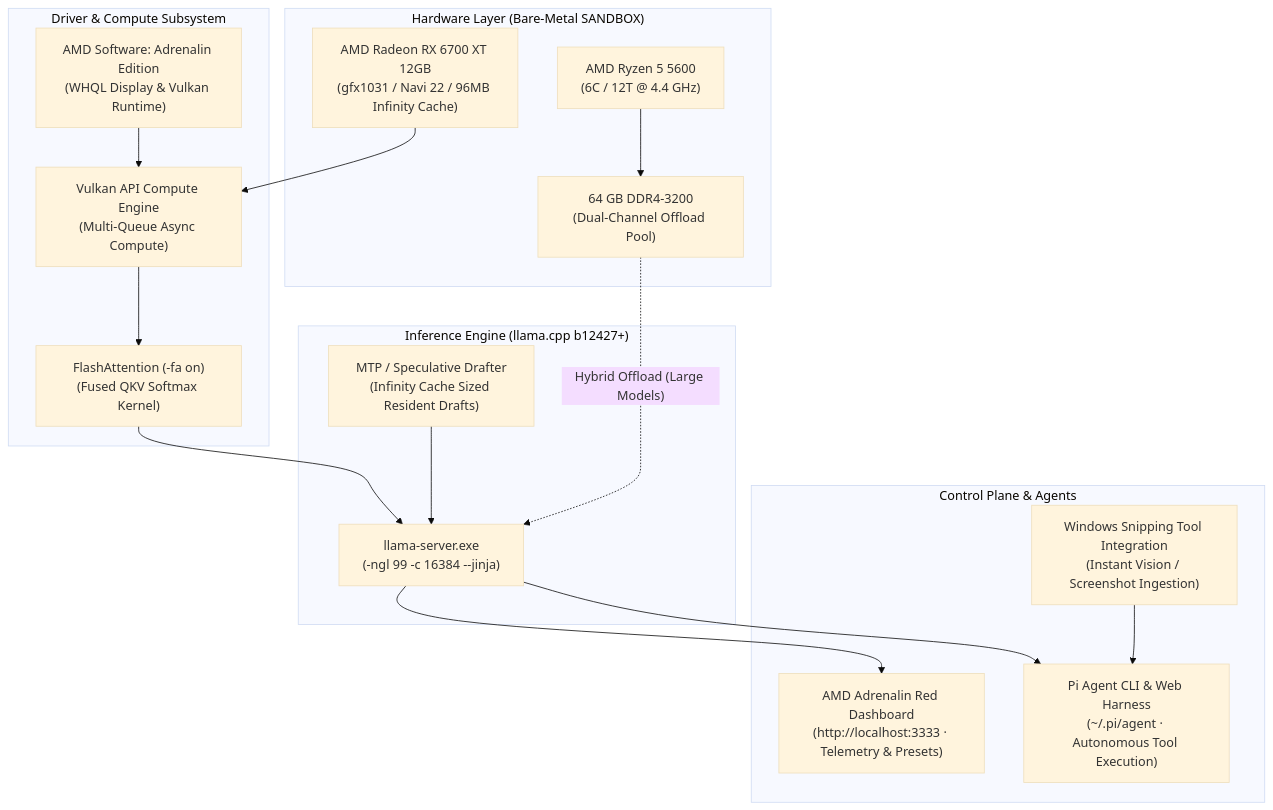
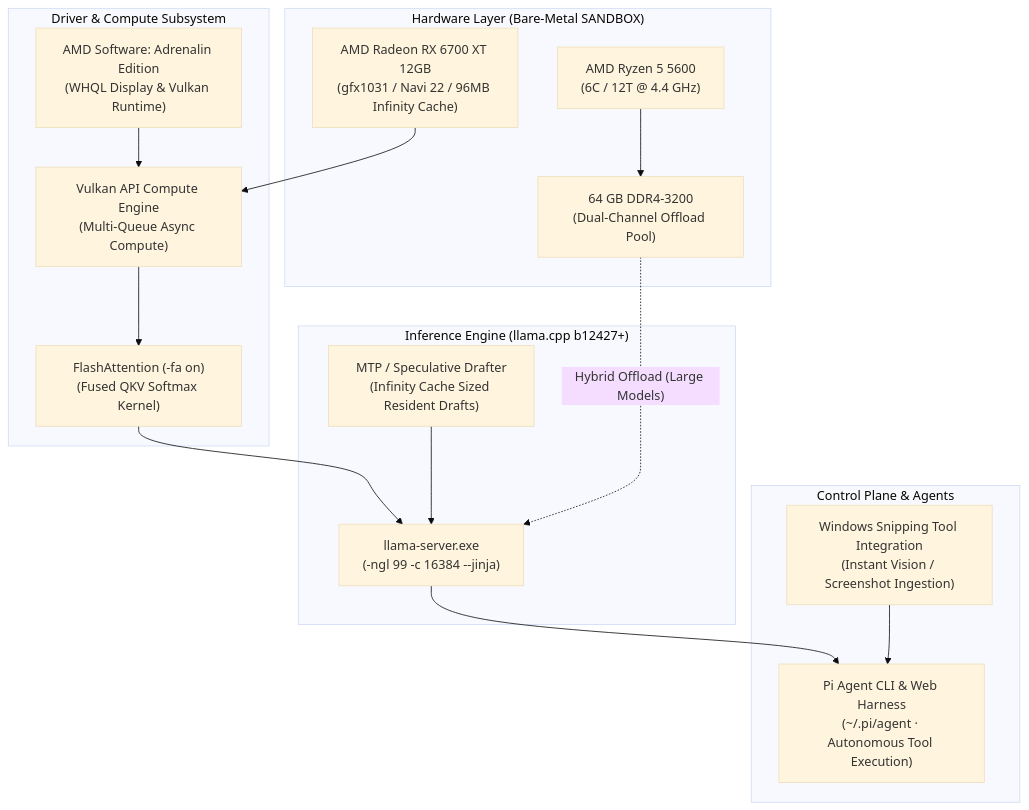
The diagram in README.md (6700xtdude-gif/6700xt-knowledge), drawn with Mermaid (base theme) before and after one commit. The commit also changed other lines of this file, not shown here.

Commit message:
docs: remove AMD Adrenalin dashboard section from README

````diff
--- a/README.md
+++ b/README.md
@@ -36,36 +36,34 @@
 ```mermaid
 flowchart TD
     subgraph Hardware ["Hardware Layer (Bare-Metal SANDBOX)"]
         GPU["AMD Radeon RX 6700 XT 12GB\n(gfx1031 / Navi 22 / 96MB Infinity Cache)"]
         CPU["AMD Ryzen 5 5600\n(6C / 12T @ 4.4 GHz)"]
         RAM["64 GB DDR4-3200\n(Dual-Channel Offload Pool)"]
     end
 
     subgraph DriverLayer ["Driver & Compute Subsystem"]
         AMDDrv["AMD Software: Adrenalin Edition\n(WHQL Display & Vulkan Runtime)"]
         VK["Vulkan API Compute Engine\n(Multi-Queue Async Compute)"]
         FA["FlashAttention (-fa on)\n(Fused QKV Softmax Kernel)"]
     end
 
     subgraph InferenceEngine ["Inference Engine (llama.cpp b12427+)"]
         LlamaServer["llama-server.exe\n(-ngl 99 -c 16384 --jinja)"]
         MTP["MTP / Speculative Drafter\n(Infinity Cache Sized Resident Drafts)"]
     end
 
     subgraph ApplicationLayer ["Control Plane & Agents"]
-        Dashboard["AMD Adrenalin Red Dashboard\n(http://localhost:3333 · Telemetry & Presets)"]
         PiAgent["Pi Agent CLI & Web Harness\n(~/.pi/agent · Autonomous Tool Execution)"]
         Snipping["Windows Snipping Tool Integration\n(Instant Vision / Screenshot Ingestion)"]
     end
 
     GPU --> VK
     AMDDrv --> VK
     VK --> FA
     FA --> LlamaServer
     MTP --> LlamaServer
-    LlamaServer --> Dashboard
     LlamaServer --> PiAgent
     CPU --> RAM
     RAM -. Hybrid Offload (Large Models) .-> LlamaServer
     Snipping --> PiAgent
 ```
````
